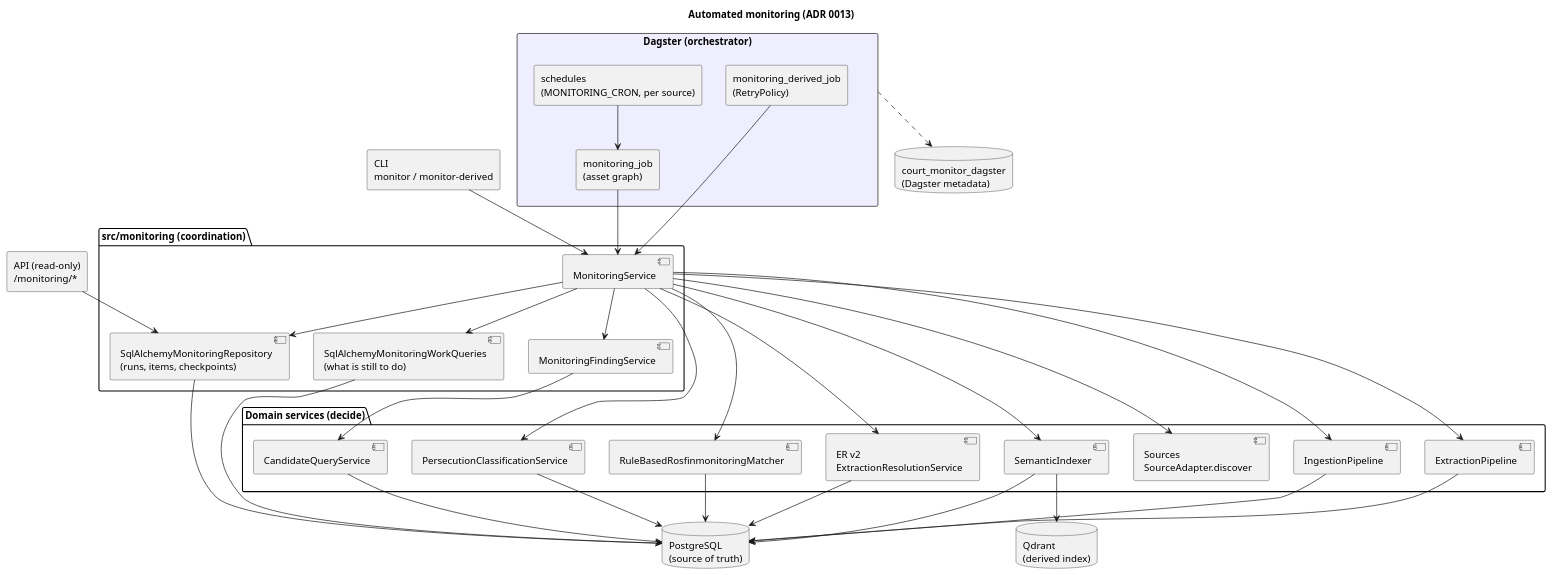
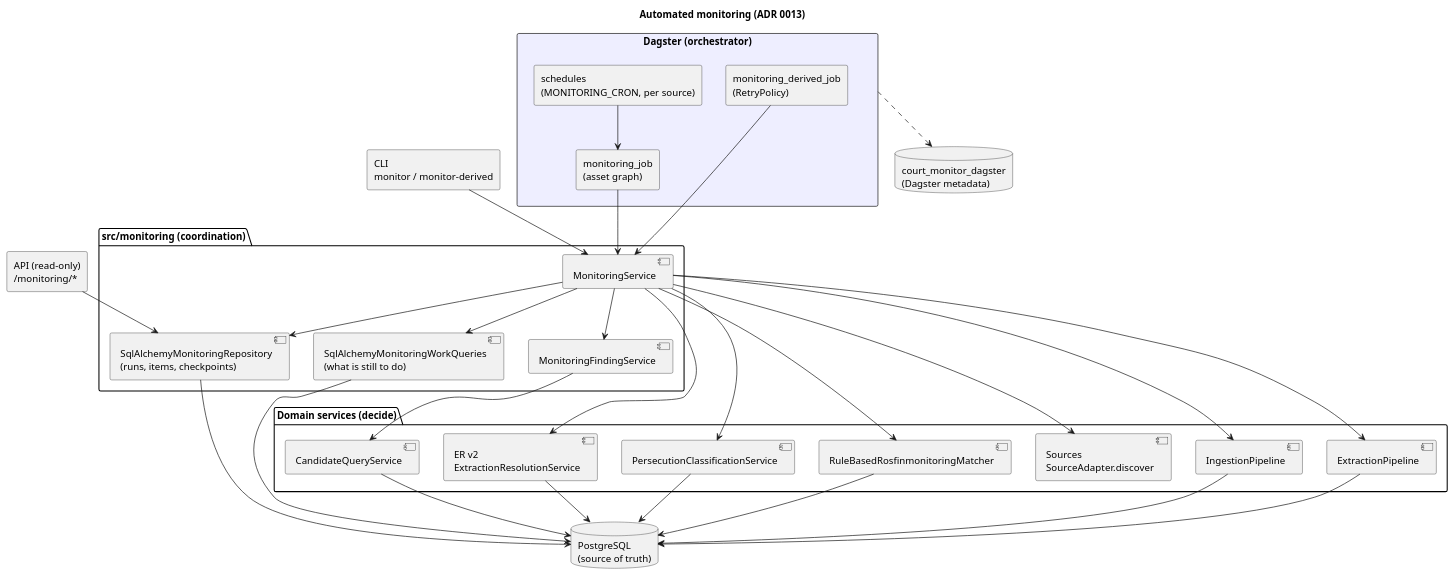
The first of 3 diagrams in docs/wiki/Monitoring.md (megannnn98/court-monitor), drawn with PlantUML before and after one commit. The commit also changed other lines of this file and 33 other files, not shown here.

````diff
--- a/docs/wiki/Monitoring.md
+++ b/docs/wiki/Monitoring.md
@@ -48,65 +48,60 @@
 ```plantuml
 @startuml
 title Automated monitoring (ADR 0013)
 
 rectangle "Dagster (orchestrator)" as Dagster #EEF {
   rectangle "schedules\n(MONITORING_CRON, per source)" as Sched
   rectangle "monitoring_job\n(asset graph)" as Job
   rectangle "monitoring_derived_job\n(RetryPolicy)" as Derived
 }
 rectangle "CLI\nmonitor / monitor-derived" as CLI
 rectangle "API (read-only)\n/monitoring/*" as API
 
 package "src/monitoring (coordination)" {
   component "MonitoringService" as Svc
   component "SqlAlchemyMonitoringWorkQueries\n(what is still to do)" as Work
   component "SqlAlchemyMonitoringRepository\n(runs, items, checkpoints)" as Repo
   component "MonitoringFindingService" as Findings
 }
 
 package "Domain services (decide)" {
   component "Sources\nSourceAdapter.discover" as Discovery
   component "IngestionPipeline" as Ingestion
   component "ExtractionPipeline" as Extraction
   component "ER v2\nExtractionResolutionService" as ER
   component "PersecutionClassificationService" as Persecution
   component "RuleBasedRosfinmonitoringMatcher" as Rosfin
-  component "SemanticIndexer" as Semantic
   component "CandidateQueryService" as Candidates
 }
 
 database "PostgreSQL\n(source of truth)" as PG
-database "Qdrant\n(derived index)" as Qdrant
 database "court_monitor_dagster\n(Dagster metadata)" as DagsterDB
 
 Sched --> Job
 Job --> Svc
 Derived --> Svc
 CLI --> Svc
 API --> Repo
 Dagster ..> DagsterDB
 
 Svc --> Work
 Svc --> Repo
 Svc --> Discovery
 Svc --> Ingestion
 Svc --> Extraction
 Svc --> ER
 Svc --> Persecution
 Svc --> Rosfin
-Svc --> Semantic
 Svc --> Findings
 Findings --> Candidates
 
 Work --> PG
 Repo --> PG
 Ingestion --> PG
 Extraction --> PG
 ER --> PG
 Persecution --> PG
 Rosfin --> PG
 Candidates --> PG
-Semantic --> PG
-Semantic --> Qdrant
 @enduml
 ```
````
